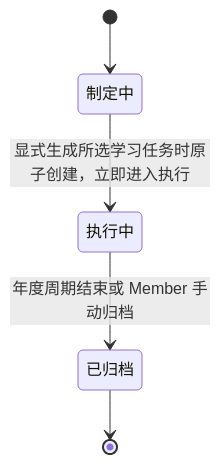
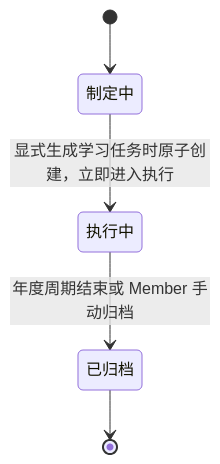
One commit to yinhui198456/team-capability-platform changed the eighth of 11 diagrams in docs/02_Design.md. Above: the diagram before and after it, drawn with Mermaid. The commit also changed other lines of this file and 8 other files, not shown here.

````diff
--- a/docs/02_Design.md
+++ b/docs/02_Design.md
@@ -349,7 +350,7 @@
 ```mermaid
 stateDiagram-v2
     [*] --> 制定中
-    制定中 --> 执行中 : 显式生成所选学习任务时原子创建，立即进入执行
+    制定中 --> 执行中 : 显式生成学习任务时原子创建，立即进入执行
     执行中 --> 已归档 : 年度周期结束或 Member 手动归档
     已归档 --> [*]
 ```
````
